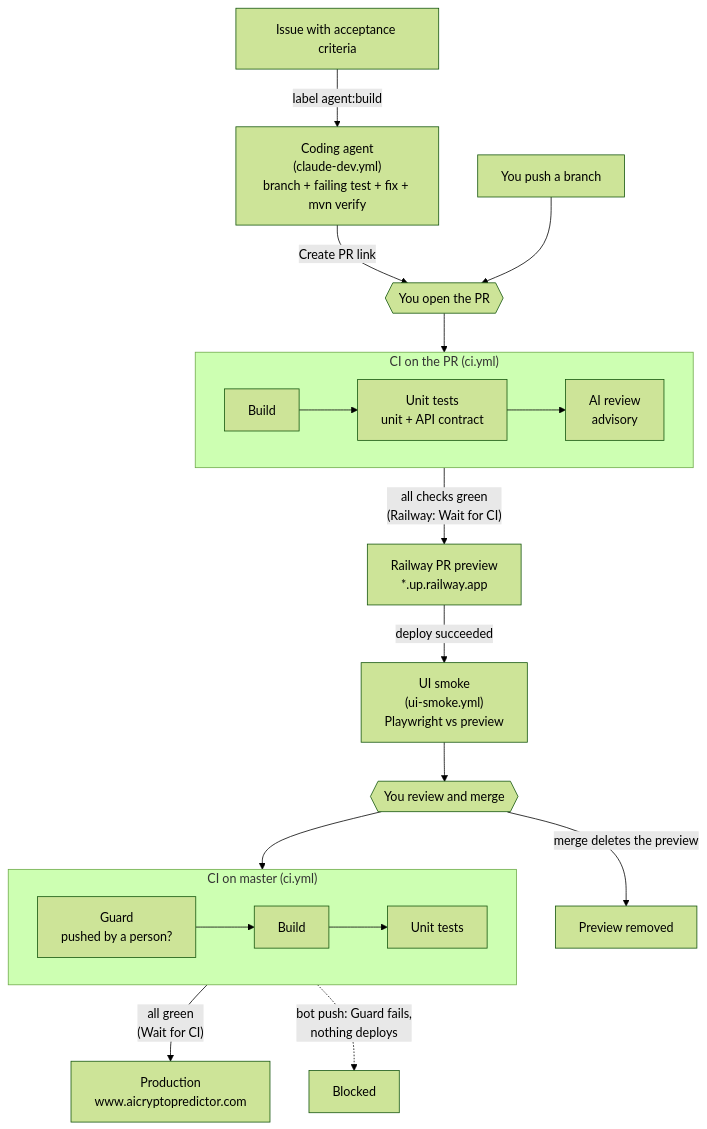
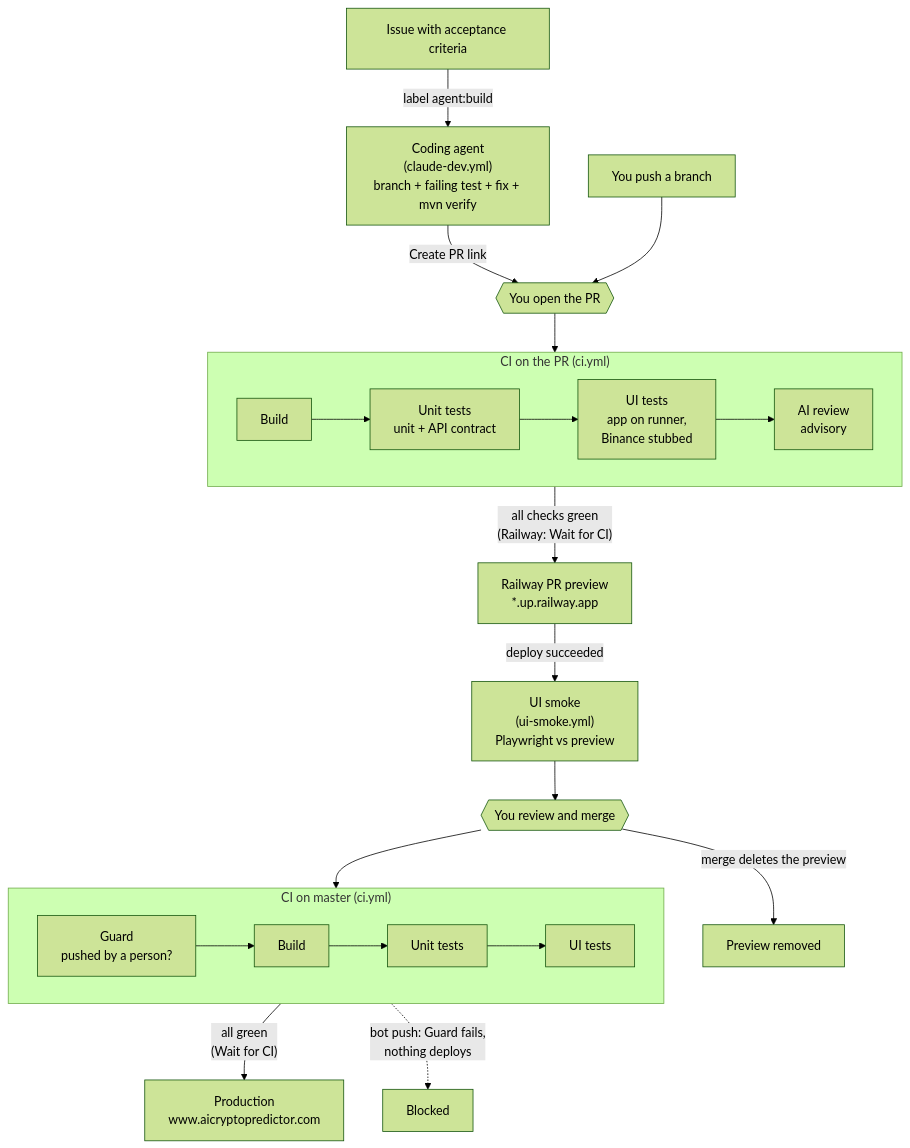
One commit to pxbt-dev/AI-Cryptocurrency-Analysis-Platform changed the diagram in README.md. Above: the diagram before and after it, drawn with Mermaid (forest theme). The commit also changed other lines of this file and 4 other files, not shown here.

First line of the commit message:
Run the UI tests inside CI against the built app (stubbed Binance)

````diff
--- a/README.md
+++ b/README.md
@@ -68,25 +68,25 @@
 ```mermaid
 flowchart TD
     I["Issue with acceptance criteria"] -->|"label agent:build"| A["Coding agent<br/>(claude-dev.yml)<br/>branch + failing test + fix + mvn verify"]
     A -->|"Create PR link"| PR{{"You open the PR"}}
     H["You push a branch"] --> PR
 
     subgraph CI ["CI on the PR (ci.yml)"]
         direction LR
-        B["Build"] --> U["Unit tests<br/>unit + API contract"] --> R["AI review<br/>advisory"]
+        B["Build"] --> U["Unit tests<br/>unit + API contract"] --> UT["UI tests<br/>app on runner,<br/>Binance stubbed"] --> R["AI review<br/>advisory"]
     end
     PR --> B
 
     R -->|"all checks green<br/>(Railway: Wait for CI)"| P["Railway PR preview<br/>*.up.railway.app"]
     P -->|"deploy succeeded"| S["UI smoke<br/>(ui-smoke.yml)<br/>Playwright vs preview"]
     S --> M{{"You review and merge"}}
     M -->|"merge deletes the preview"| X["Preview removed"]
 
     subgraph MASTER ["CI on master (ci.yml)"]
         direction LR
-        G["Guard<br/>pushed by a person?"] --> B2["Build"] --> U2["Unit tests"]
+        G["Guard<br/>pushed by a person?"] --> B2["Build"] --> U2["Unit tests"] --> UT2["UI tests"]
     end
     M --> G
-    U2 -->|"all green<br/>(Wait for CI)"| D["Production<br/>www.aicryptopredictor.com"]
+    UT2 -->|"all green<br/>(Wait for CI)"| D["Production<br/>www.aicryptopredictor.com"]
     G -.->|"bot push: Guard fails,<br/>nothing deploys"| N["Blocked"]
 ```
````
